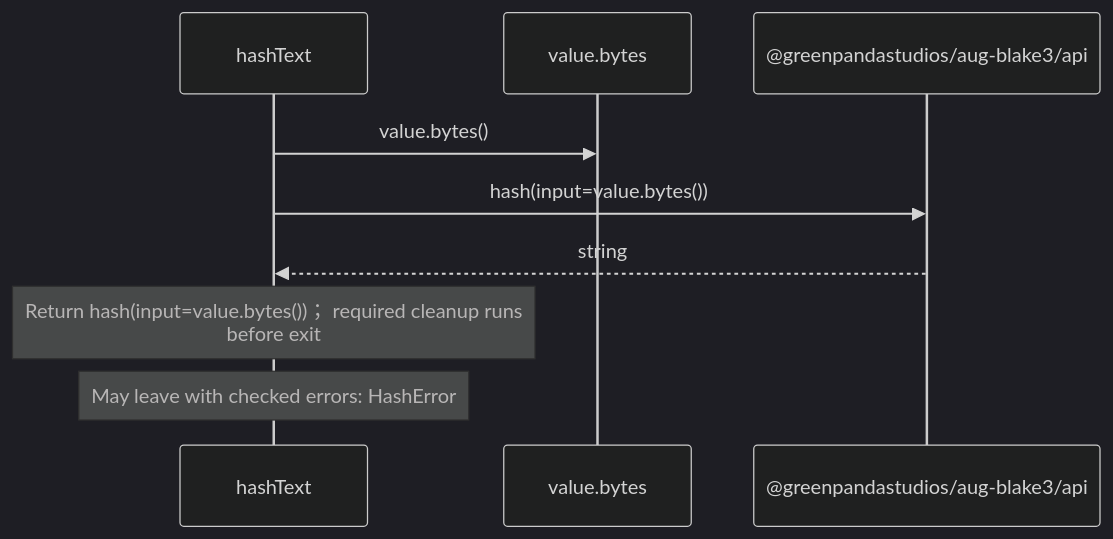
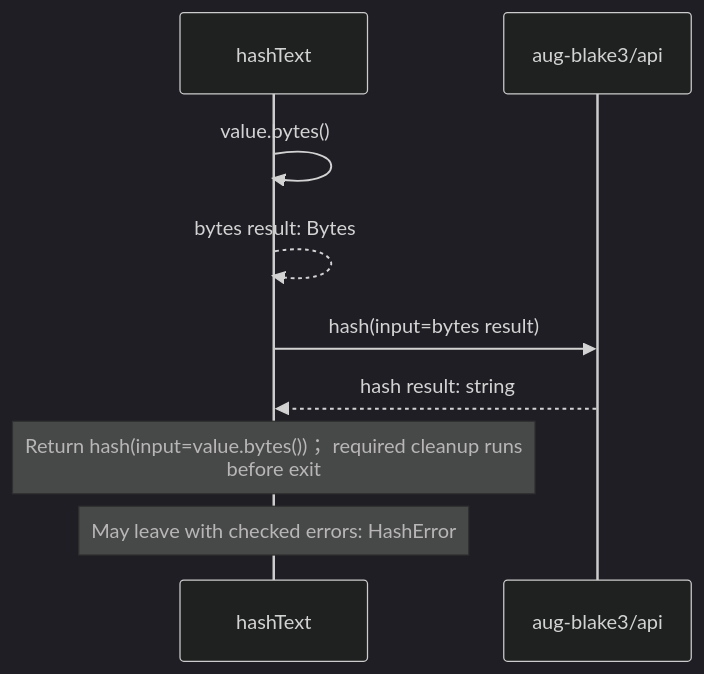
Before and after one commit to GreenPandaStudios/augscript: the diagram in docs/examples/native-blake3/hashing-diagrams.md, drawn with Mermaid (dark theme). The commit also changed other lines of this file and 304 other files, not shown here.

Commit message:
Make generated data-flow sequences concise and review every diagram

````diff
--- a/docs/examples/native-blake3/hashing-diagrams.md
+++ b/docs/examples/native-blake3/hashing-diagrams.md
@@ -41,11 +28,11 @@
 ```mermaid
 sequenceDiagram
     participant p0 as hashText
-    participant p1 as value.bytes
-    participant p2 as @greenpandastudios/aug-blake3/api
-    p0->>p1: value.bytes()
-    p0->>p2: hash(input=value.bytes())
-    p2-->>p0: string
+    participant p1 as aug-blake3/api
+    p0->>p0: value.bytes()
+    p0-->>p0: bytes result: Bytes
+    p0->>p1: hash(input=bytes result)
+    p1-->>p0: hash result: string
     Note over p0: Return hash(input=value.bytes())； required cleanup runs<br/>before exit
     Note over p0: May leave with checked errors: HashError
 ```
````
